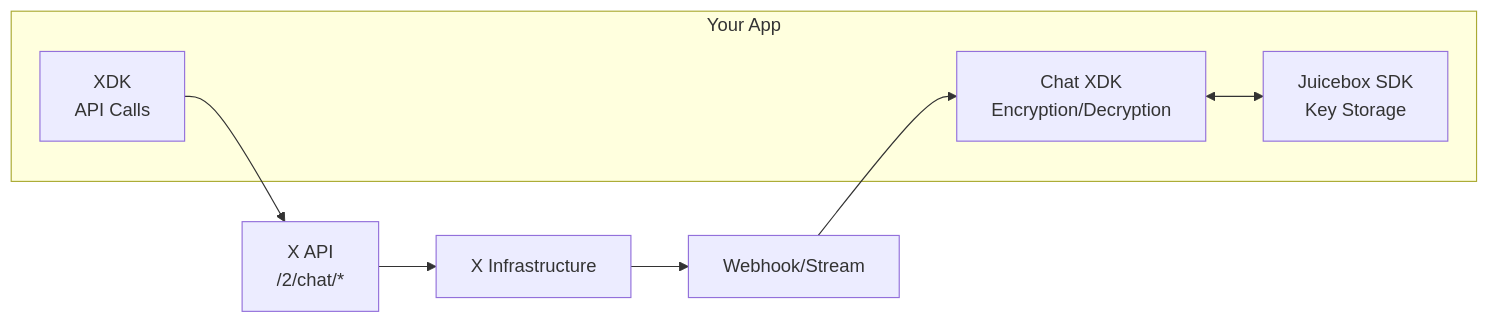
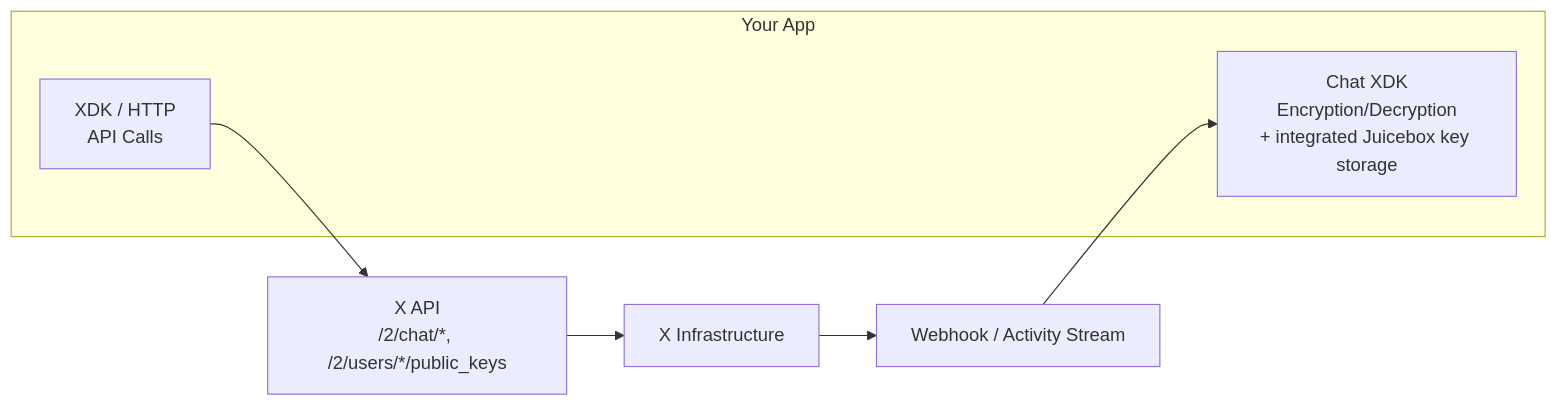
The diagram in xchat/introduction.mdx (xdevplatform/docs), drawn with Mermaid before and after one commit. The commit also changed other lines of this file and 7 other files, not shown here.

First line of the commit message:
Update XChat docs for current Chat XDK and X API

````diff
--- a/xchat/introduction.mdx
+++ b/xchat/introduction.mdx
@@ -47,15 +47,13 @@
 ```mermaid
 flowchart LR
     subgraph Your App
-        A[Chat XDK<br/>Encryption/Decryption]
-        B[Juicebox SDK<br/>Key Storage]
-        C[XDK<br/>API Calls]
+        A[Chat XDK<br/>Encryption/Decryption<br/>+ integrated Juicebox key storage]
+        C[XDK / HTTP<br/>API Calls]
     end
-    
-    A <--> B
-    C --> D[X API<br/>/2/chat/*]
+
+    C --> D[X API<br/>/2/chat/*, /2/users/*/public_keys]
     D --> E[X Infrastructure]
-    
-    E --> F[Webhook/Stream]
+
+    E --> F[Webhook / Activity Stream]
     F --> A
 ```
````
